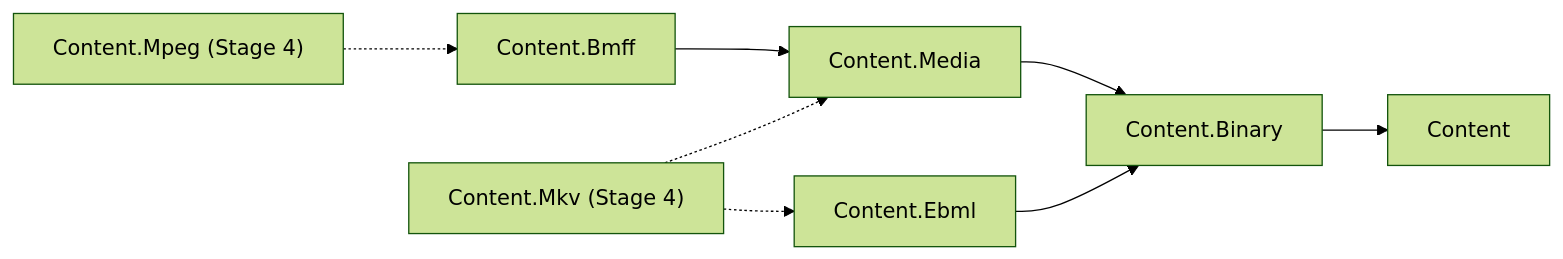
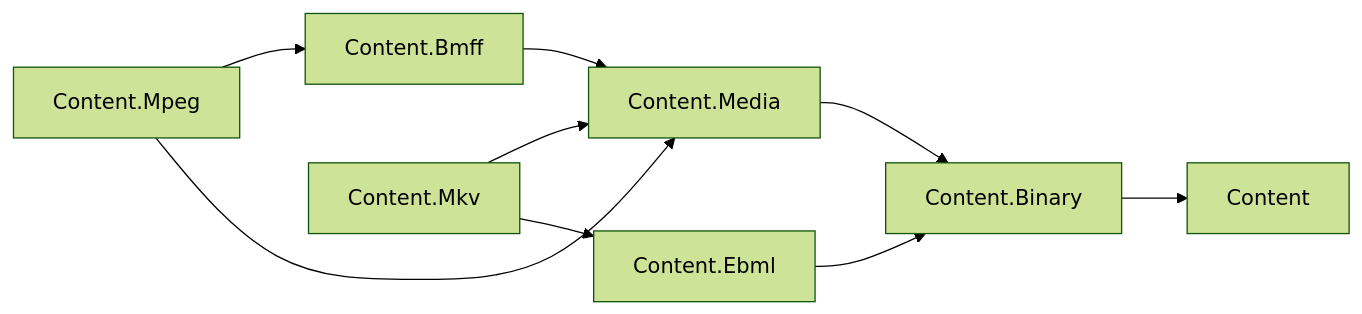
One commit to assimalign/cohesion changed the diagram in libraries/Content/Assimalign.Cohesion.Content.Media/docs/DESIGN.md. Above: the diagram before and after it, drawn with Mermaid (forest theme). The commit also changed other lines of this file and 7 other files, not shown here.

````diff
--- a/libraries/Content/Assimalign.Cohesion.Content.Media/docs/DESIGN.md
+++ b/libraries/Content/Assimalign.Cohesion.Content.Media/docs/DESIGN.md
@@ -21,10 +21,11 @@
 ```mermaid
 flowchart LR
-    Mpeg["Content.Mpeg (Stage 4)"] -.-> Bmff["Content.Bmff"]
+    Mpeg["Content.Mpeg"] --> Bmff["Content.Bmff"]
+    Mpeg --> Media
     Bmff --> Media["Content.Media"]
-    Mkv["Content.Mkv (Stage 4)"] -.-> Media
-    Mkv -.-> Ebml["Content.Ebml"]
+    Mkv["Content.Mkv"] --> Media
+    Mkv --> Ebml["Content.Ebml"]
     Ebml --> Binary["Content.Binary"]
     Media --> Binary
     Binary --> Root["Content"]
 ```
````
